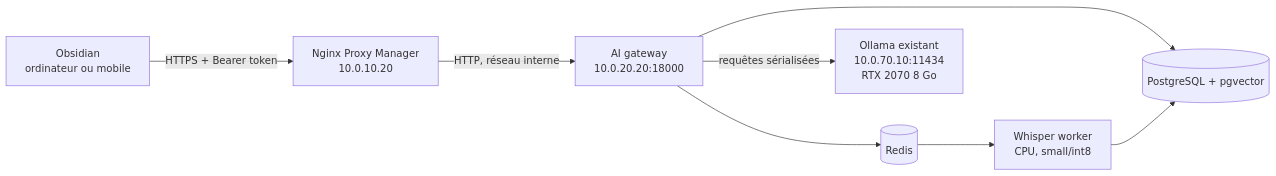
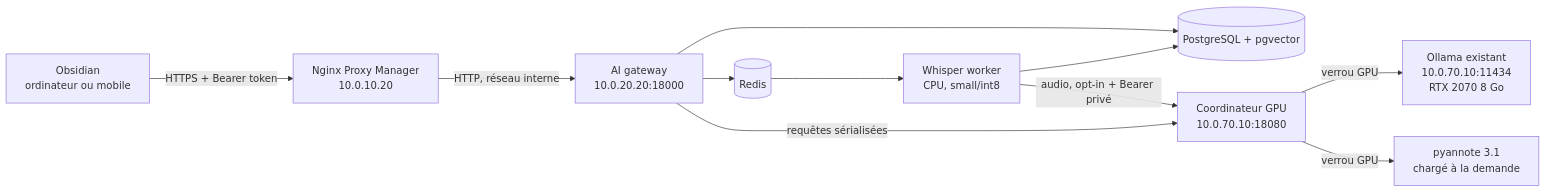
One commit to antoroute/obsidian-local-ai-platform changed the diagram in docs/homelab-deployment.md. Above: the diagram before and after it, drawn with Mermaid. The commit also changed other lines of this file and 53 other files, not shown here.

````diff
--- a/docs/homelab-deployment.md
+++ b/docs/homelab-deployment.md
@@ -9,10 +9,13 @@
 ```mermaid
 flowchart LR
     O[Obsidian<br/>ordinateur ou mobile] -->|HTTPS + Bearer token| N[Nginx Proxy Manager<br/>10.0.10.20]
     N -->|HTTP, réseau interne| G[AI gateway<br/>10.0.20.20:18000]
     G --> P[(PostgreSQL + pgvector)]
     G --> R[(Redis)]
-    G -->|requêtes sérialisées| L[Ollama existant<br/>10.0.70.10:11434<br/>RTX 2070 8 Go]
+    G -->|requêtes sérialisées| C[Coordinateur GPU<br/>10.0.70.10:18080]
+    C -->|verrou GPU| L[Ollama existant<br/>10.0.70.10:11434<br/>RTX 2070 8 Go]
     R --> W[Whisper worker<br/>CPU, small/int8]
     W --> P
+    W -->|audio, opt-in + Bearer privé| C
+    C -->|verrou GPU| D[pyannote 3.1<br/>chargé à la demande]
 ```
````
